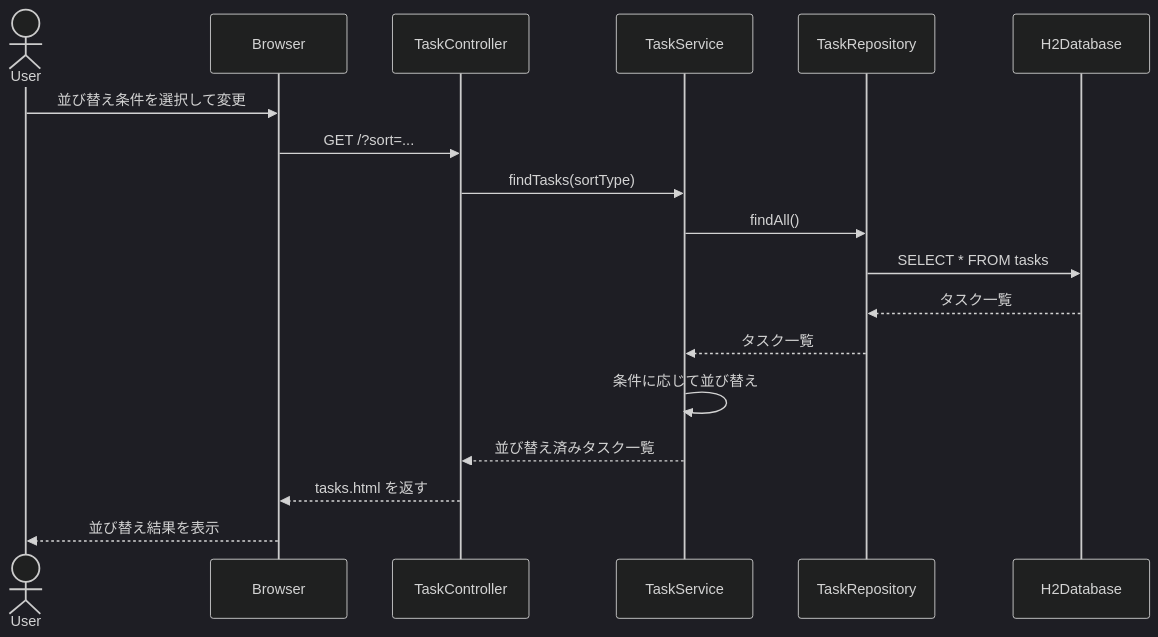
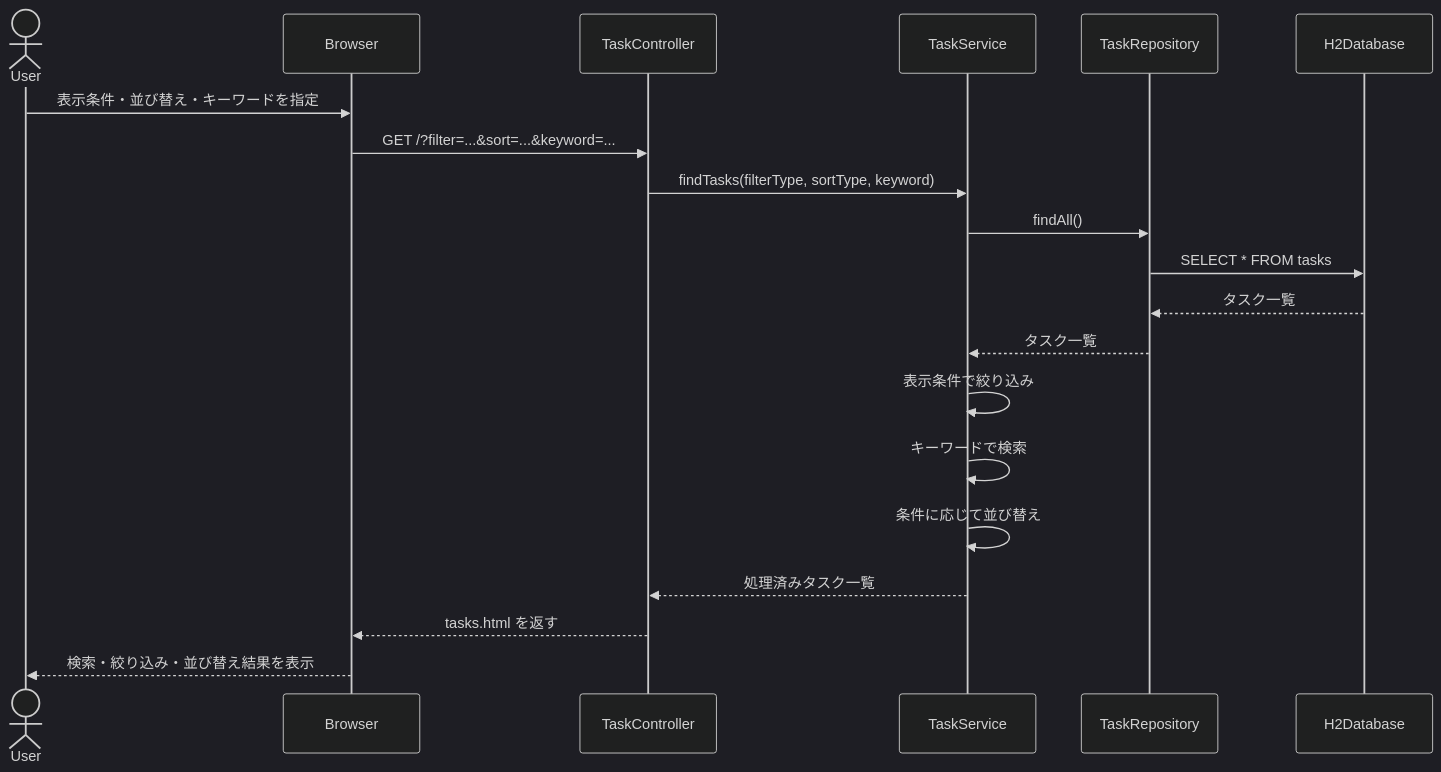
The fourth of 4 diagrams in README.md (mkunori/TaskList), drawn with Mermaid (dark theme) before and after one commit. The commit also changed other lines of this file, not shown here.

````diff
--- a/README.md
+++ b/README.md
@@ -189,21 +215,23 @@
 ```mermaid
 sequenceDiagram
     actor User
     participant Browser
     participant TaskController
     participant TaskService
     participant TaskRepository
     participant H2Database
 
-    User->>Browser: 並び替え条件を選択して変更
-    Browser->>TaskController: GET /?sort=...
-    TaskController->>TaskService: findTasks(sortType)
+    User->>Browser: 表示条件・並び替え・キーワードを指定
+    Browser->>TaskController: GET /?filter=...&sort=...&keyword=...
+    TaskController->>TaskService: findTasks(filterType, sortType, keyword)
     TaskService->>TaskRepository: findAll()
     TaskRepository->>H2Database: SELECT * FROM tasks
     H2Database-->>TaskRepository: タスク一覧
     TaskRepository-->>TaskService: タスク一覧
+    TaskService->>TaskService: 表示条件で絞り込み
+    TaskService->>TaskService: キーワードで検索
     TaskService->>TaskService: 条件に応じて並び替え
-    TaskService-->>TaskController: 並び替え済みタスク一覧
+    TaskService-->>TaskController: 処理済みタスク一覧
     TaskController-->>Browser: tasks.html を返す
-    Browser-->>User: 並び替え結果を表示
+    Browser-->>User: 検索・絞り込み・並び替え結果を表示
 ```
````
